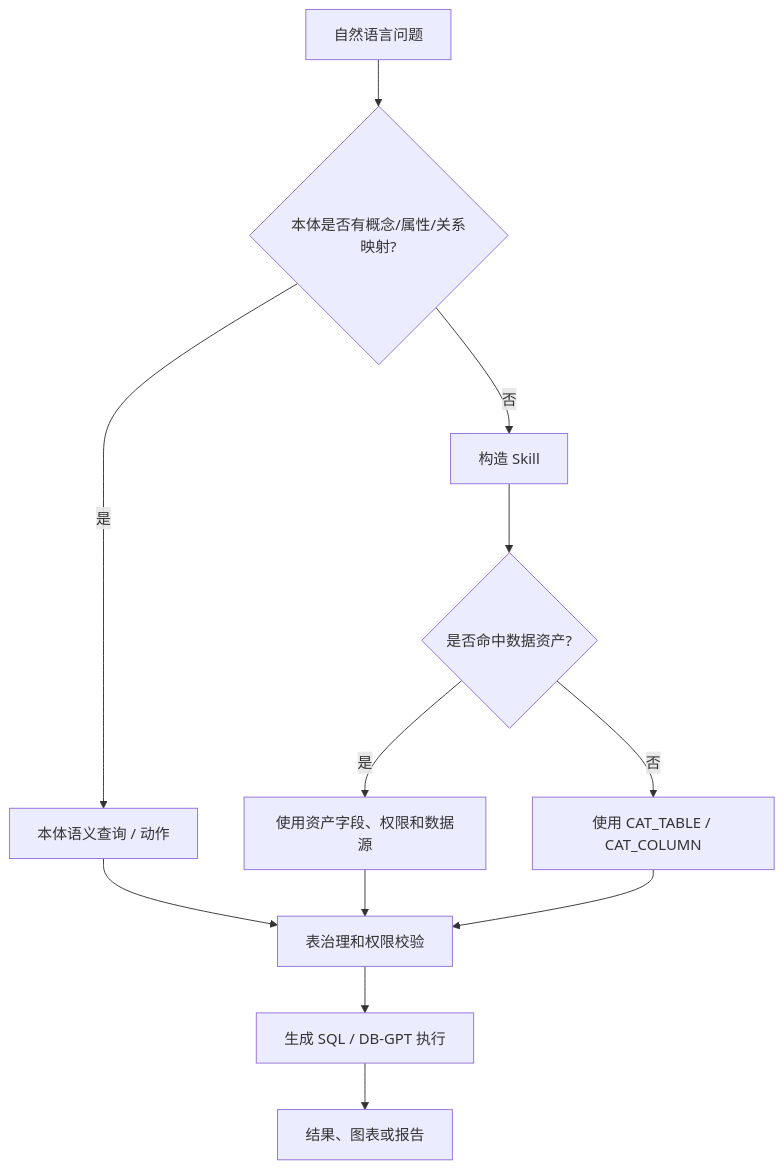
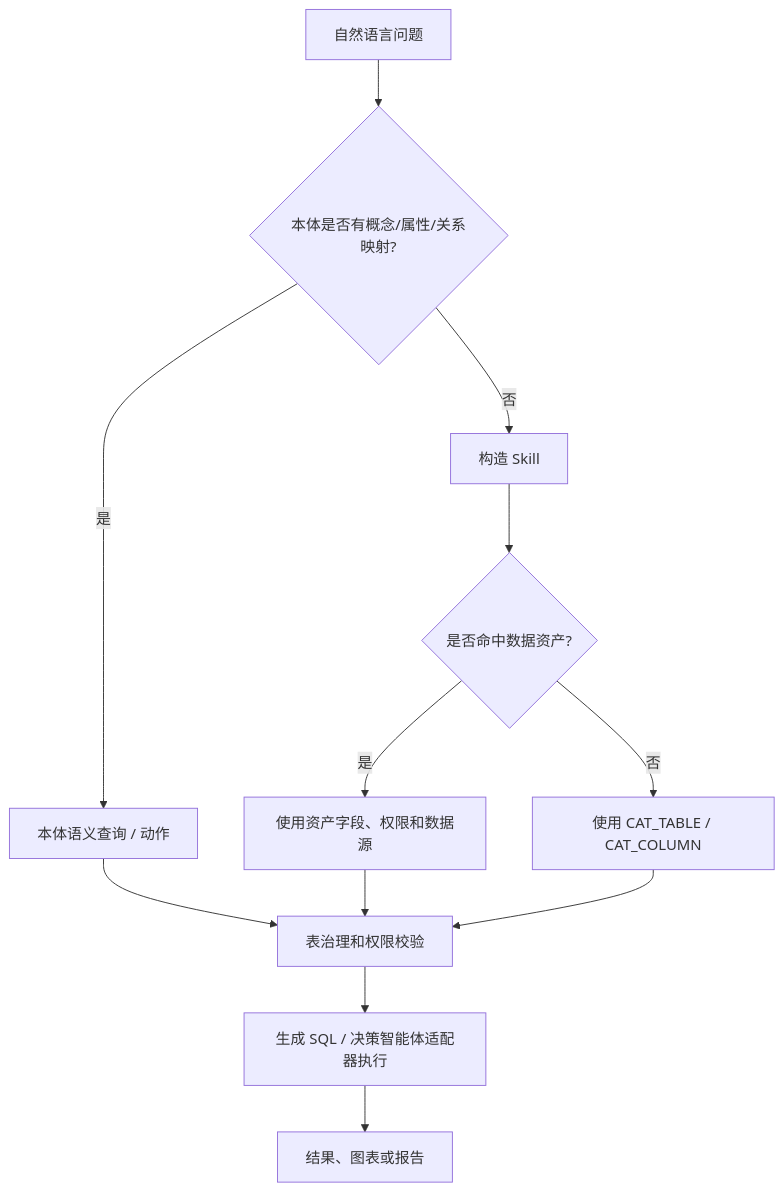
Before and after one commit to shanglili123/datamaster: the ninth of 11 diagrams in README.md, drawn with Mermaid. The commit also changed other lines of this file and 105 other files, not shown here.

````diff
--- a/README.md
+++ b/README.md
@@ -582,14 +582,14 @@
 ```mermaid
 flowchart TD
     QUESTION[自然语言问题] --> ONT{本体是否有概念/属性/关系映射?}
     ONT -->|是| ONTSQL[本体语义查询 / 动作]
     ONT -->|否| SKILL[构造 Skill]
     SKILL --> ASSET{是否命中数据资产?}
     ASSET -->|是| ASSETCTX[使用资产字段、权限和数据源]
     ASSET -->|否| METACTX[使用 CAT_TABLE / CAT_COLUMN]
     ONTSQL --> GOVERN[表治理和权限校验]
     ASSETCTX --> GOVERN
     METACTX --> GOVERN
-    GOVERN --> EXEC[生成 SQL / DB-GPT 执行]
+    GOVERN --> EXEC[生成 SQL / 决策智能体适配器执行]
     EXEC --> RESULT[结果、图表或报告]
 ```
````
